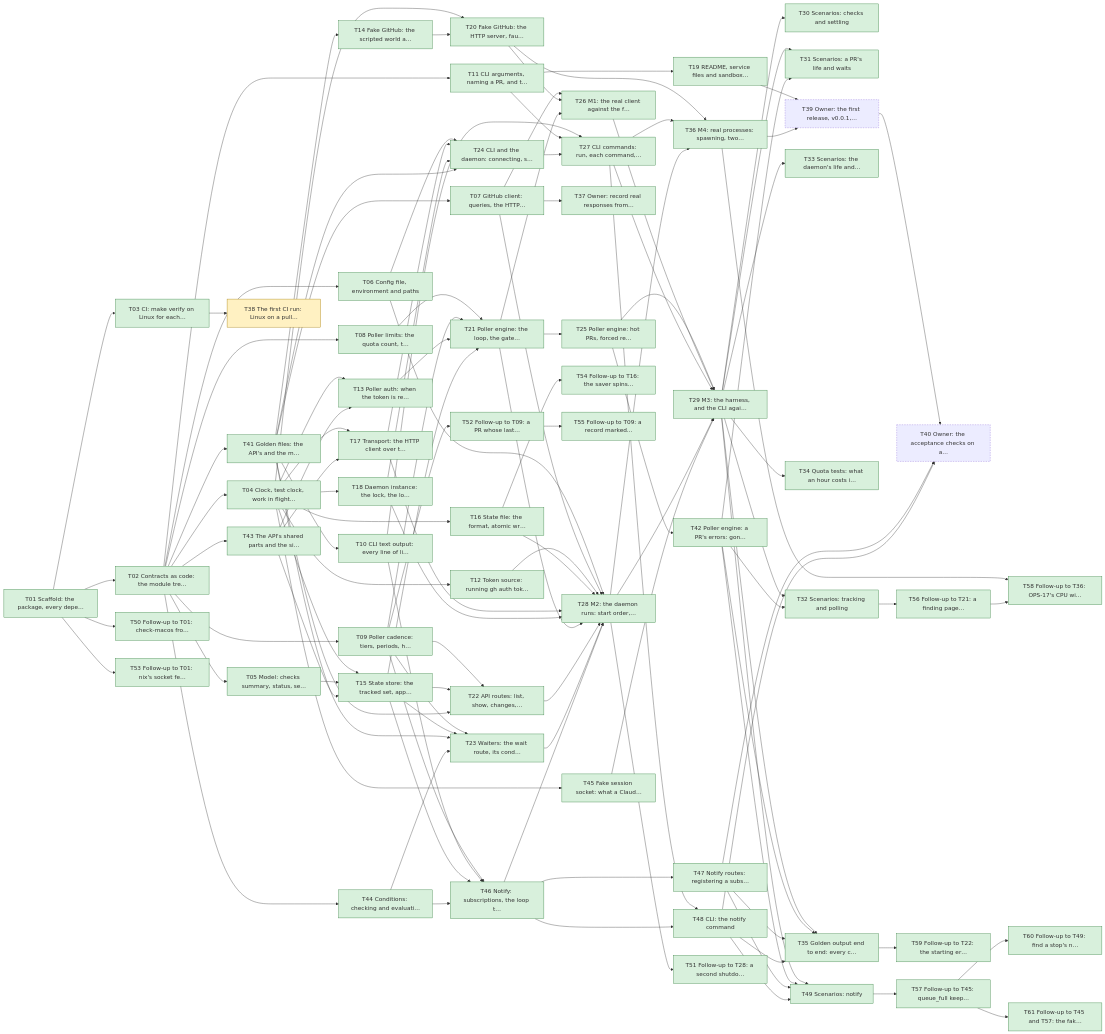
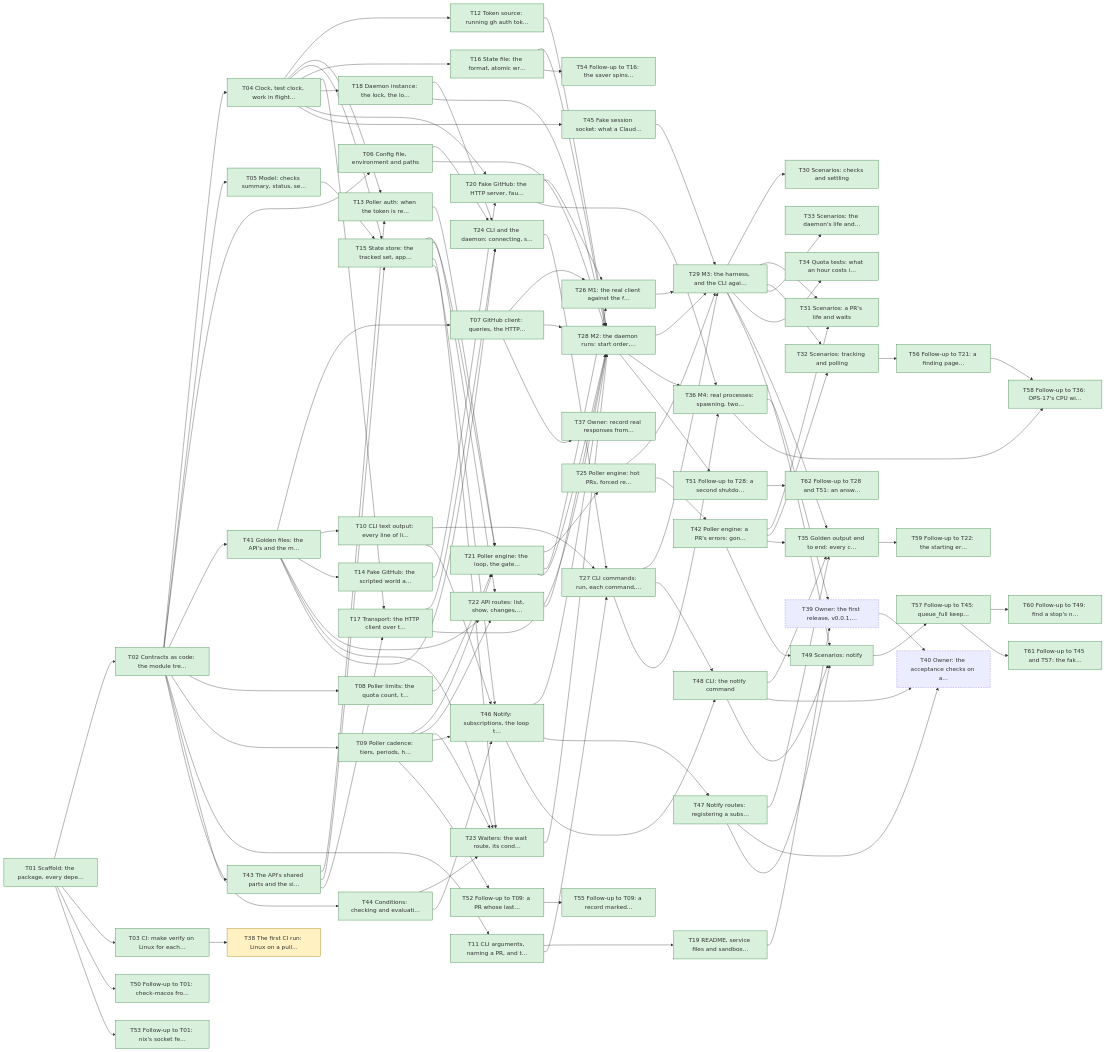
Before and after one commit to yachiko/circitor: the diagram in plan/README.md, drawn with Mermaid. The commit also changed other lines of this file and 6 other files, not shown here.

```diff
--- a/plan/README.md
+++ b/plan/README.md
@@ -209,6 +210,7 @@
   T59["T59 Follow-up to T22: the starting er…"]:::done
   T60["T60 Follow-up to T49: find a stop's n…"]:::done
   T61["T61 Follow-up to T45 and T57: the fak…"]:::done
+  T62["T62 Follow-up to T28 and T51: an answ…"]:::done
   T01 --> T02
   T01 --> T03
   T02 --> T04
@@ -320,6 +322,7 @@
   T35 --> T59
   T57 --> T60
   T57 --> T61
+  T51 --> T62
   classDef done fill:#d8f0dc,stroke:#2f7d3b
   classDef active fill:#fff1c2,stroke:#a07800
   classDef blocked fill:#f8d7da,stroke:#a12a35
```
